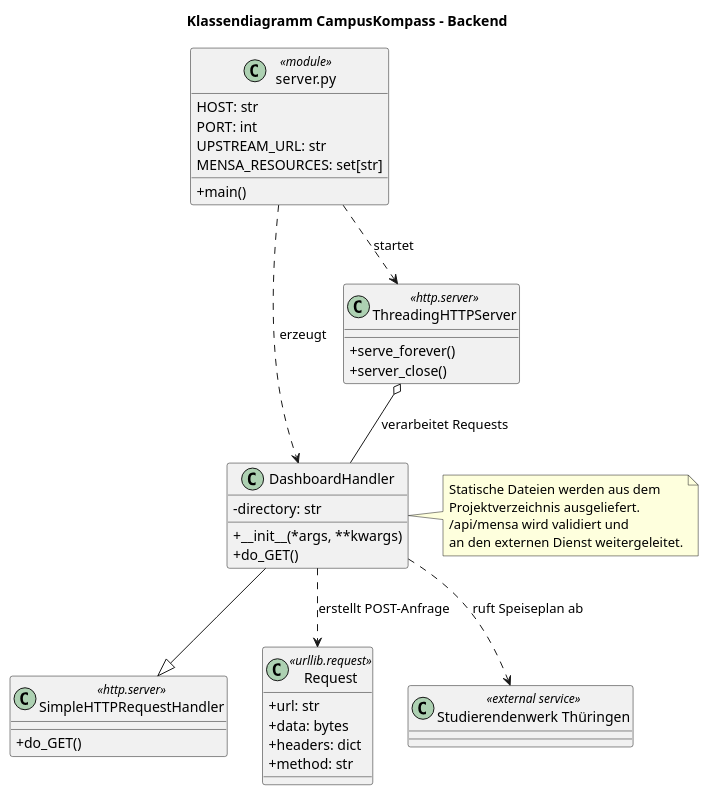
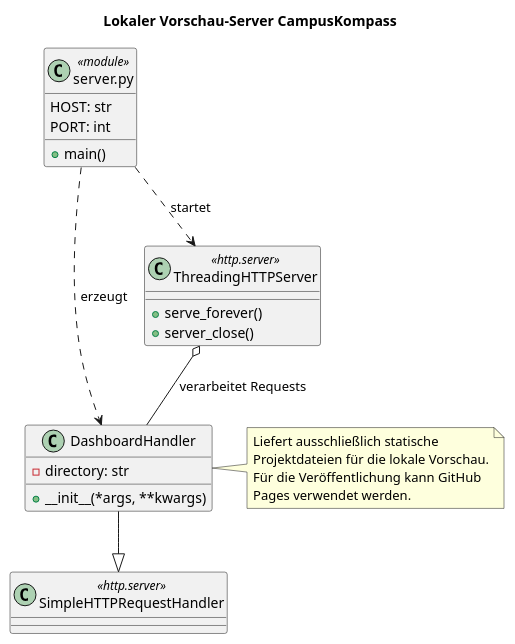
The diagram in modellierung/klassendiagramm_backend.puml (hsm-se-workshop-2026/campuskompass), drawn with PlantUML before and after one commit. The commit also changed 12 other files, not shown here.

```diff
--- a/modellierung/klassendiagramm_backend.puml
+++ b/modellierung/klassendiagramm_backend.puml
@@ -1,52 +1,36 @@
 @startuml
-title Klassendiagramm CampusKompass – Backend
+title Lokaler Vorschau-Server CampusKompass
 
-skinparam classAttributeIconSize 0
 skinparam shadowing false
 
 class SimpleHTTPRequestHandler <<http.server>> {
-  +do_GET()
 }
 
 class DashboardHandler {
   -directory: str
   +__init__(*args, **kwargs)
-  +do_GET()
 }
 
 class ThreadingHTTPServer <<http.server>> {
   +serve_forever()
   +server_close()
 }
 
 class "server.py" as ServerModule <<module>> {
   HOST: str
   PORT: int
-  UPSTREAM_URL: str
-  MENSA_RESOURCES: set[str]
   +main()
 }
-
-class Request <<urllib.request>> {
-  +url: str
-  +data: bytes
-  +headers: dict
-  +method: str
-}
-
-class "Studierendenwerk Thüringen" as Mensa <<external service>>
 
 DashboardHandler --|> SimpleHTTPRequestHandler
 ServerModule ..> DashboardHandler : erzeugt
 ServerModule ..> ThreadingHTTPServer : startet
-DashboardHandler ..> Request : erstellt POST-Anfrage
-DashboardHandler ..> Mensa : ruft Speiseplan ab
 ThreadingHTTPServer o-- DashboardHandler : verarbeitet Requests
 
 note right of DashboardHandler
-  Statische Dateien werden aus dem
-  Projektverzeichnis ausgeliefert.
-  /api/mensa wird validiert und
-  an den externen Dienst weitergeleitet.
+  Liefert ausschließlich statische
+  Projektdateien für die lokale Vorschau.
+  Für die Veröffentlichung kann GitHub
+  Pages verwendet werden.
 end note
 @enduml
```
